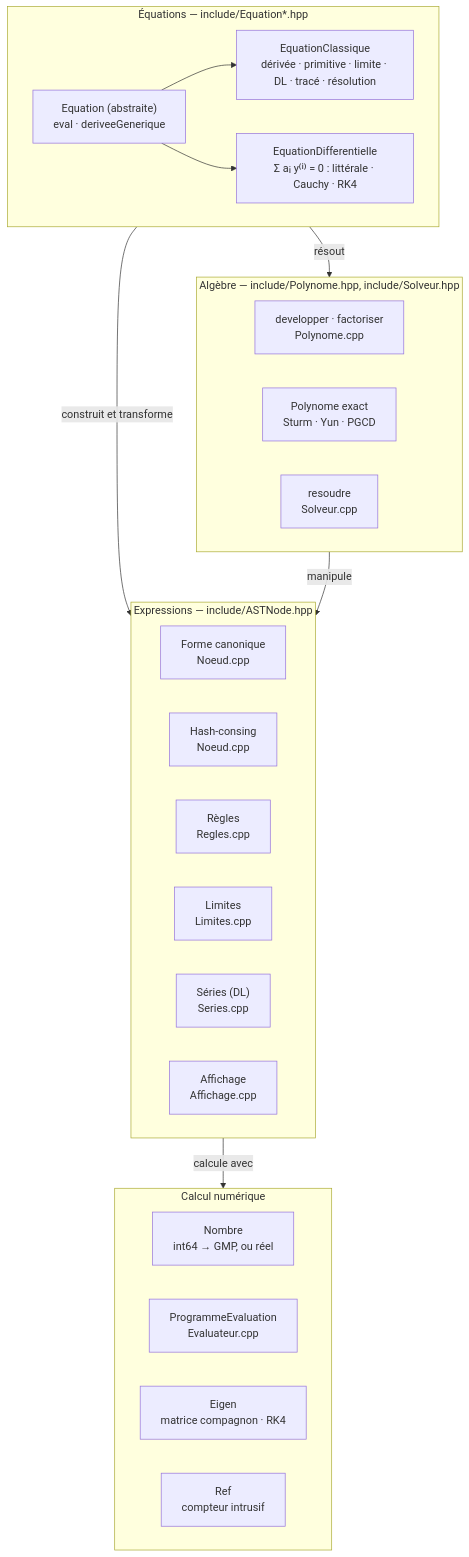
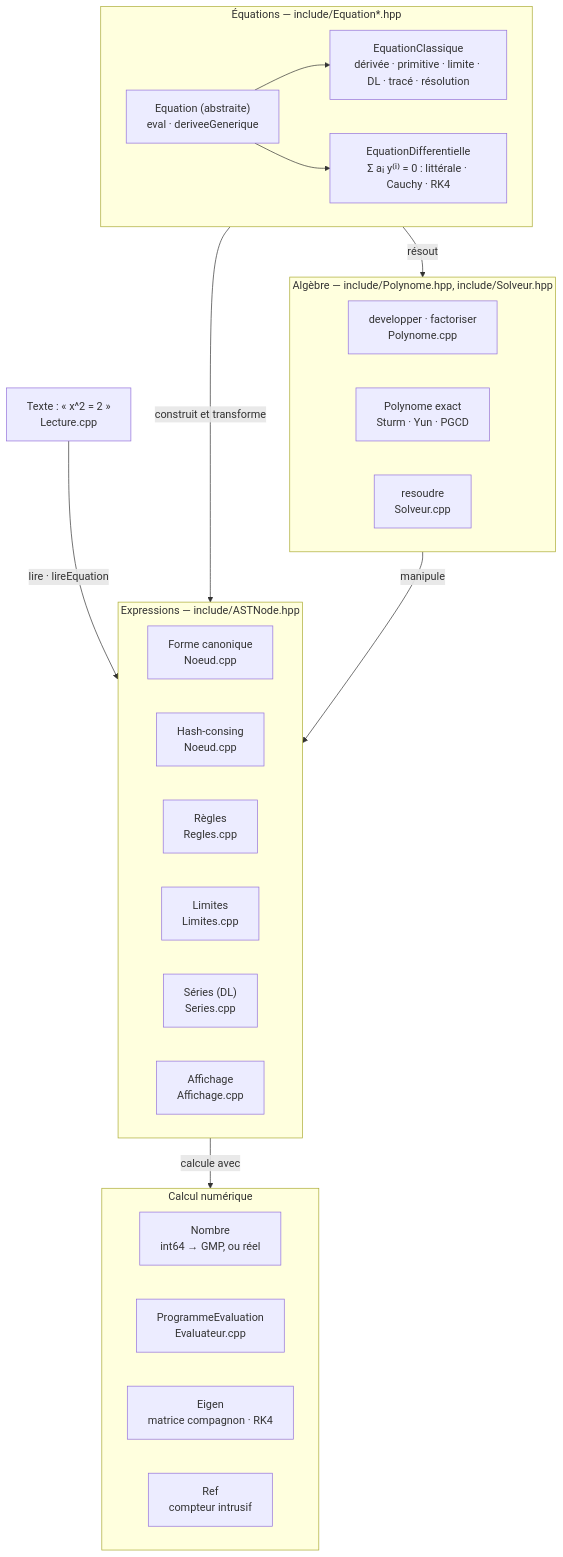
The first of 4 diagrams in docs/ARCHITECTURE.md (lucas12330/SymAlgopp), drawn with Mermaid before and after one commit. The commit also changed other lines of this file and 4 other files, not shown here.

First line of the commit message:
docs: lecture depuis du texte (README, CHANGELOG, architecture, démo)

````diff
--- a/docs/ARCHITECTURE.md
+++ b/docs/ARCHITECTURE.md
@@ -7,33 +7,34 @@
 ```mermaid
 flowchart TB
     subgraph EQ["Équations — include/Equation*.hpp"]
         E["Equation (abstraite)<br/>eval · deriveeGenerique"]
         EC["EquationClassique<br/>dérivée · primitive · limite · DL · tracé · résolution"]
         ED["EquationDifferentielle<br/>Σ aᵢ y⁽ⁱ⁾ = 0 : littérale · Cauchy · RK4"]
         E --> EC
         E --> ED
     end
     subgraph EX["Expressions — include/ASTNode.hpp"]
         FC["Forme canonique<br/>Noeud.cpp"]
         HC["Hash-consing<br/>Noeud.cpp"]
         RG["Règles<br/>Regles.cpp"]
         LI["Limites<br/>Limites.cpp"]
         SE["Séries (DL)<br/>Series.cpp"]
         AF["Affichage<br/>Affichage.cpp"]
     end
     subgraph AL["Algèbre — include/Polynome.hpp, include/Solveur.hpp"]
         DV["developper · factoriser<br/>Polynome.cpp"]
         PO["Polynome exact<br/>Sturm · Yun · PGCD"]
         SO["resoudre<br/>Solveur.cpp"]
     end
     subgraph NU["Calcul numérique"]
         NB["Nombre<br/>int64 → GMP, ou réel"]
         PE["ProgrammeEvaluation<br/>Evaluateur.cpp"]
         EI["Eigen<br/>matrice compagnon · RK4"]
         RF["Ref<br/>compteur intrusif"]
     end
+    TX["Texte : « x^2 = 2 »<br/>Lecture.cpp"] -->|"lire · lireEquation"| EX
     EQ -->|"construit et transforme"| EX
     EQ -->|"résout"| AL
     AL -->|"manipule"| EX
     EX -->|"calcule avec"| NU
 ```
````
